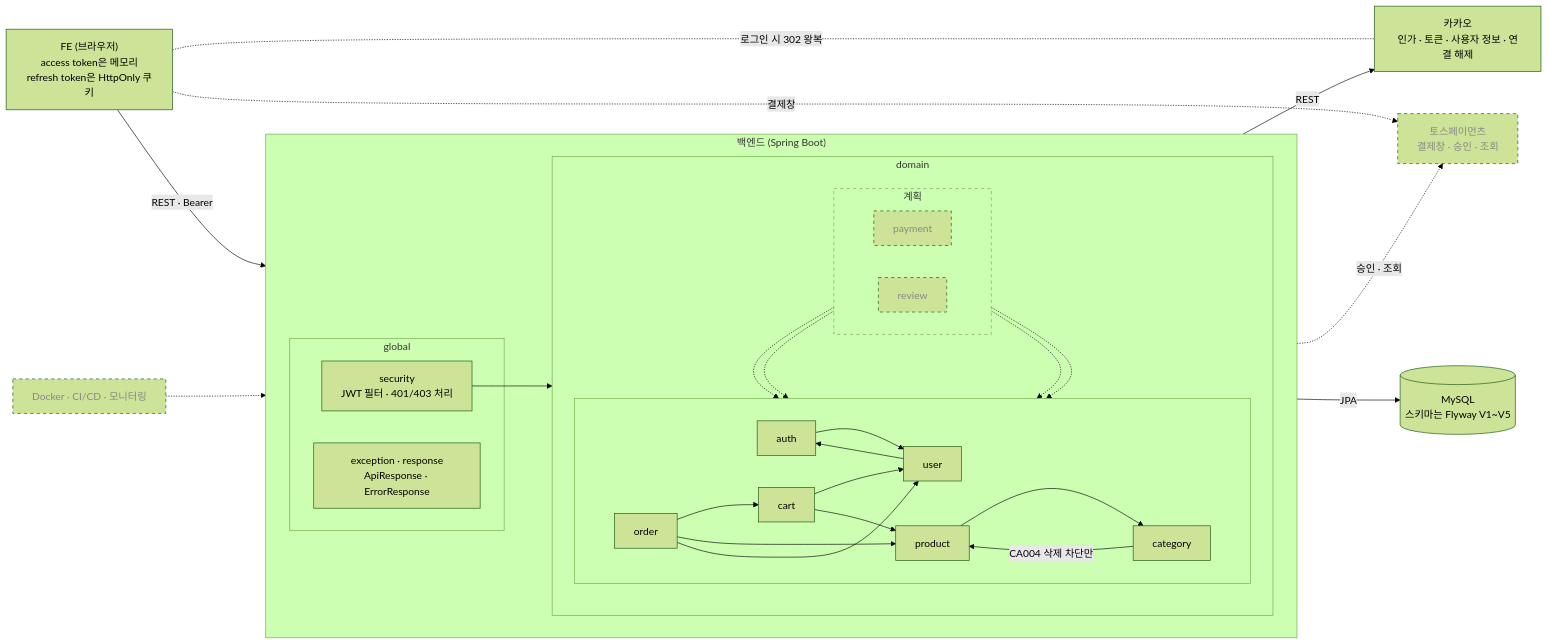
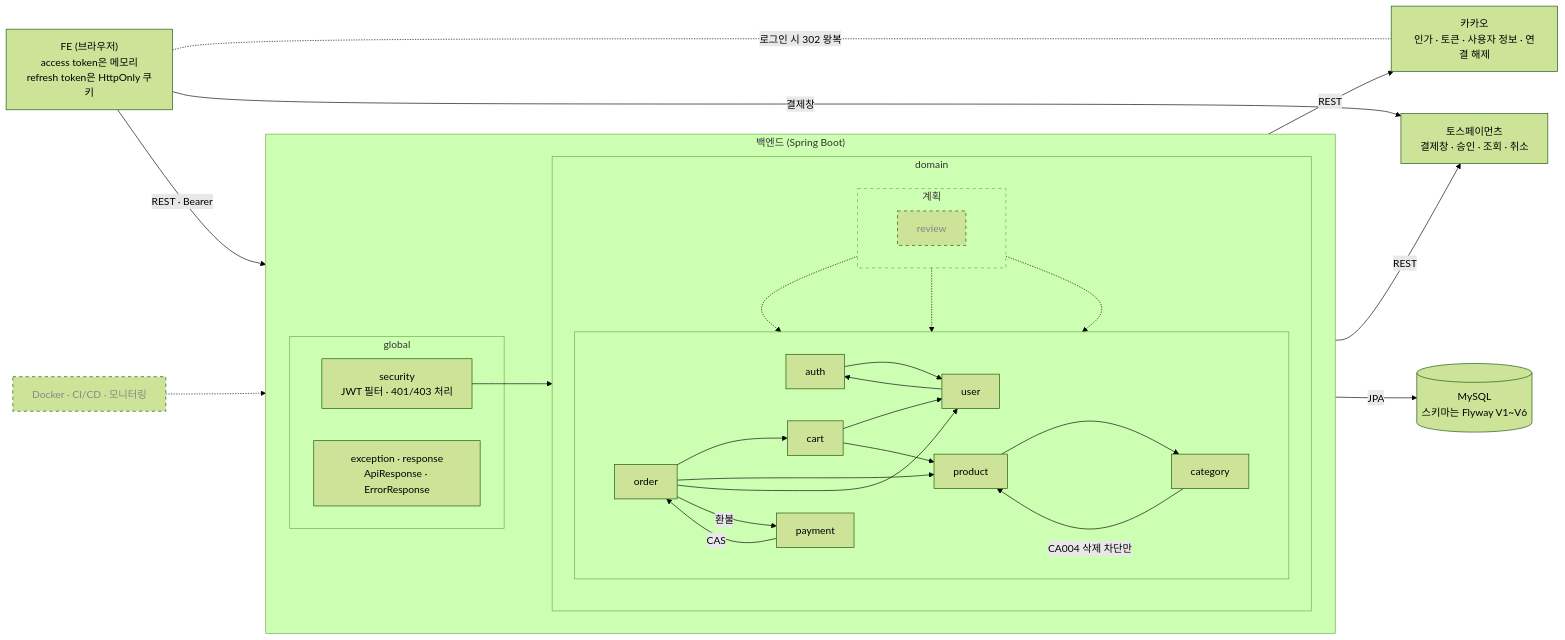
The diagram in docs/diagrams/global/system-overview.md (ComeUs-HUB/ComeUs-Server), drawn with Mermaid (forest theme) before and after one commit. The commit also changed other lines of this file and 2 other files, not shown here.

Commit message:
docs: 시스템 구성도에 payment 도메인과 토스페이먼츠를 구현 상태로 반영

````diff
--- a/docs/diagrams/global/system-overview.md
+++ b/docs/diagrams/global/system-overview.md
@@ -12,62 +12,63 @@
 ```mermaid
 flowchart LR
     FE["FE (브라우저)<br/>access token은 메모리<br/>refresh token은 HttpOnly 쿠키"]
     Kakao["카카오<br/>인가 · 토큰 · 사용자 정보 · 연결 해제"]
-    Toss["토스페이먼츠<br/>결제창 · 승인 · 조회"]:::planned
-    DB[("MySQL<br/>스키마는 Flyway V1~V5")]
+    Toss["토스페이먼츠<br/>결제창 · 승인 · 조회 · 취소"]
+    DB[("MySQL<br/>스키마는 Flyway V1~V6")]
 
     subgraph BE["백엔드 (Spring Boot)"]
         direction LR
         subgraph global["global"]
             Sec["security<br/>JWT 필터 · 401/403 처리"]
             Ex["exception · response<br/>ApiResponse · ErrorResponse"]
         end
         subgraph domain["domain"]
             direction TB
             subgraph built[" "]
                 direction LR
                 Auth[auth]
                 User[user]
                 Cart[cart]
                 Product[product]
                 Category[category]
                 Order[order]
+                Payment[payment]
             end
             subgraph next["계획"]
                 direction LR
-                Payment[payment]:::planned
                 Review[review]:::planned
             end
         end
     end
 
     Deploy["Docker · CI/CD · 모니터링"]:::planned
 
     FE -- "REST · Bearer" --> BE
     FE -. "로그인 시 302 왕복" .- Kakao
-    FE -. "결제창" .-> Toss
+    FE -- "결제창" --> Toss
     Auth -- "REST" --> Kakao
-    Payment -. "승인 · 조회" .-> Toss
+    Payment -- "REST" --> Toss
     BE -- "JPA" --> DB
     Sec --> User
 
     Auth --> User
     User --> Auth
     Product --> Category
     Category -- "CA004 삭제 차단만" --> Product
     Cart --> User
     Cart --> Product
 
     Order --> Cart
     Order --> Product
     Order --> User
 
-    Payment -.-> Order
+    Payment -- "CAS" --> Order
+    Order -- "환불" --> Payment
     Review -.-> Product
     Review -.-> User
     Review -.-> Order
     Deploy -.-> BE
 
     classDef planned stroke-dasharray: 5 5,color:#888
     style next stroke-dasharray: 5 5
 ```
````
